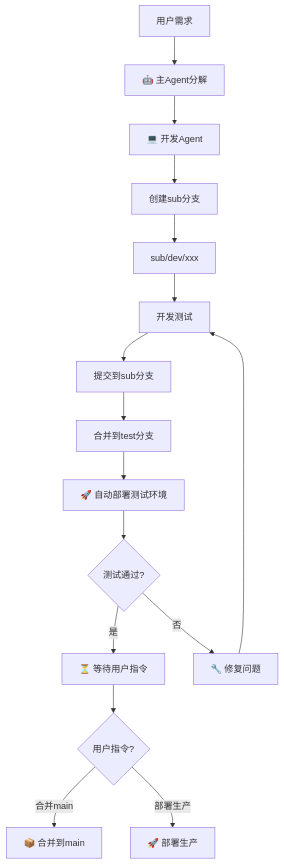
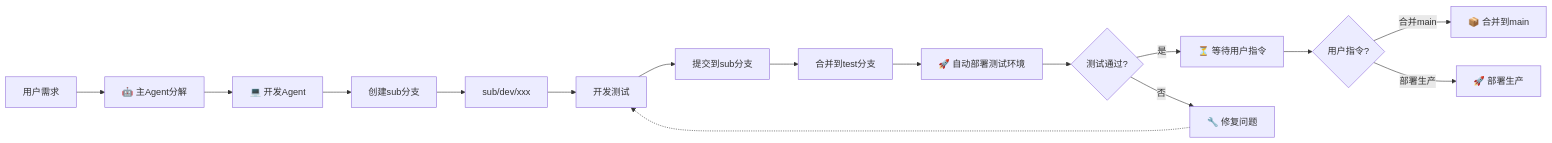
One commit to serenamustrich/dev-standard changed the sixth of 7 diagrams in 完整工作流说明.md. Above: the diagram before and after it, drawn with Mermaid. The commit also changed other lines of this file and 1 other file, not shown here.

First line of the commit message:
chore: 修正Mermaid流程图从左到右(LR)

````diff
--- a/完整工作流说明.md
+++ b/完整工作流说明.md
@@ -188,18 +188,18 @@
 ```mermaid
-graph TD
+flowchart LR
     A[用户需求] --> B[🤖 主Agent分解]
     B --> C[💻 开发Agent]
     C --> D[创建sub分支]
     D --> E[sub/dev/xxx]
     E --> F[开发测试]
     F --> G[提交到sub分支]
     G --> H[合并到test分支]
     H --> I[🚀 自动部署测试环境]
     I --> J{测试通过?}
     J -->|是| K[⏳ 等待用户指令]
     J -->|否| L[🔧 修复问题]
-    L --> F
+    L -.-> F
     K --> M{用户指令?}
     M -->|合并main| N[📦 合并到main]
     M -->|部署生产| O[🚀 部署生产]
 ```
````
